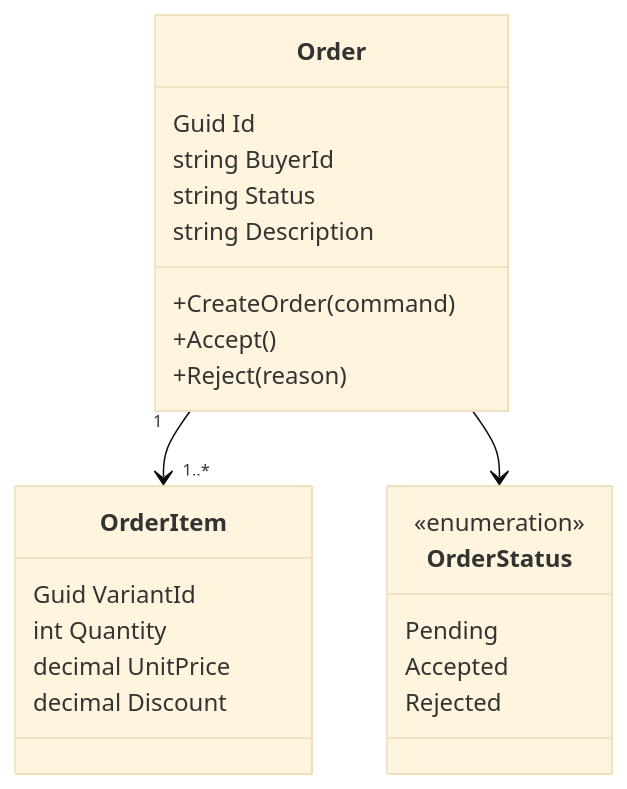
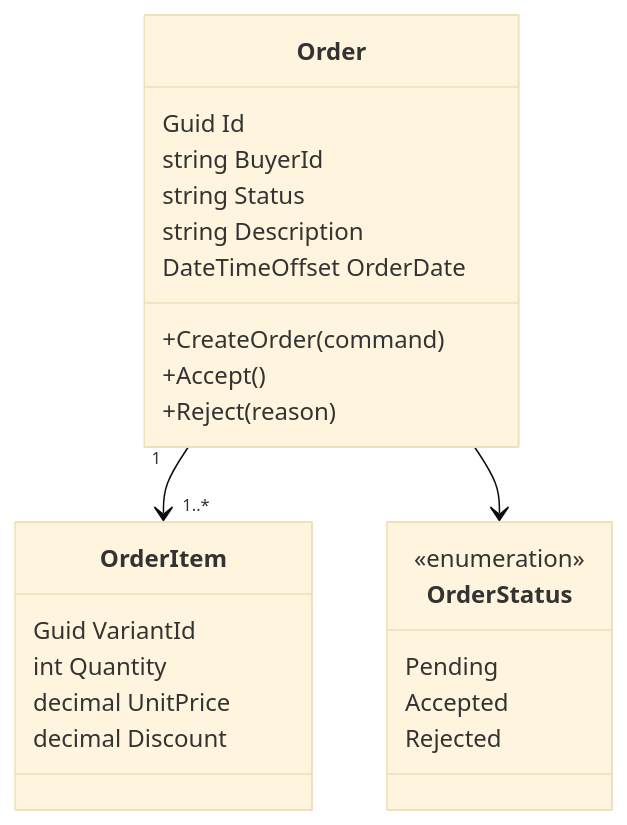
One commit to mnnam1302/EShop changed the fourth of 10 diagrams in Order/src/EShop.Order.API/README.md. Above: the diagram before and after it, drawn with Mermaid (base theme). The commit also changed other lines of this file and 14 other files, not shown here.

````diff
--- a/Order/src/EShop.Order.API/README.md
+++ b/Order/src/EShop.Order.API/README.md
@@ -87,29 +122,30 @@
 ```mermaid
 classDiagram
     class Order {
         Guid Id
         string BuyerId
         string Status
         string Description
+        DateTimeOffset OrderDate
         +CreateOrder(command)
         +Accept()
         +Reject(reason)
     }
 
     class OrderItem {
         Guid VariantId
         int Quantity
         decimal UnitPrice
         decimal Discount
     }
 
     class OrderStatus {
         <<enumeration>>
         Pending
         Accepted
         Rejected
     }
 
     Order "1" --> "1..*" OrderItem
     Order --> OrderStatus
 ```
````
